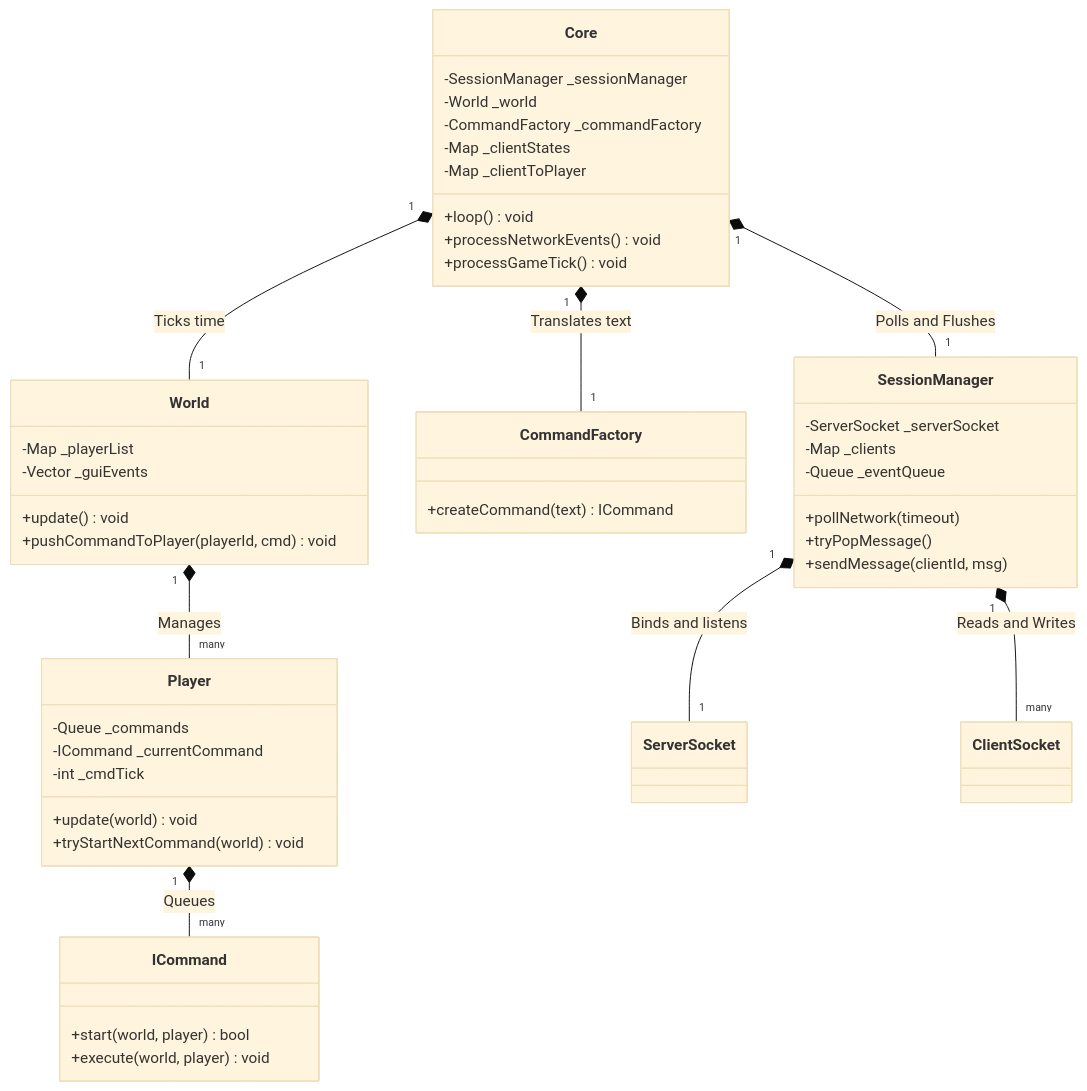
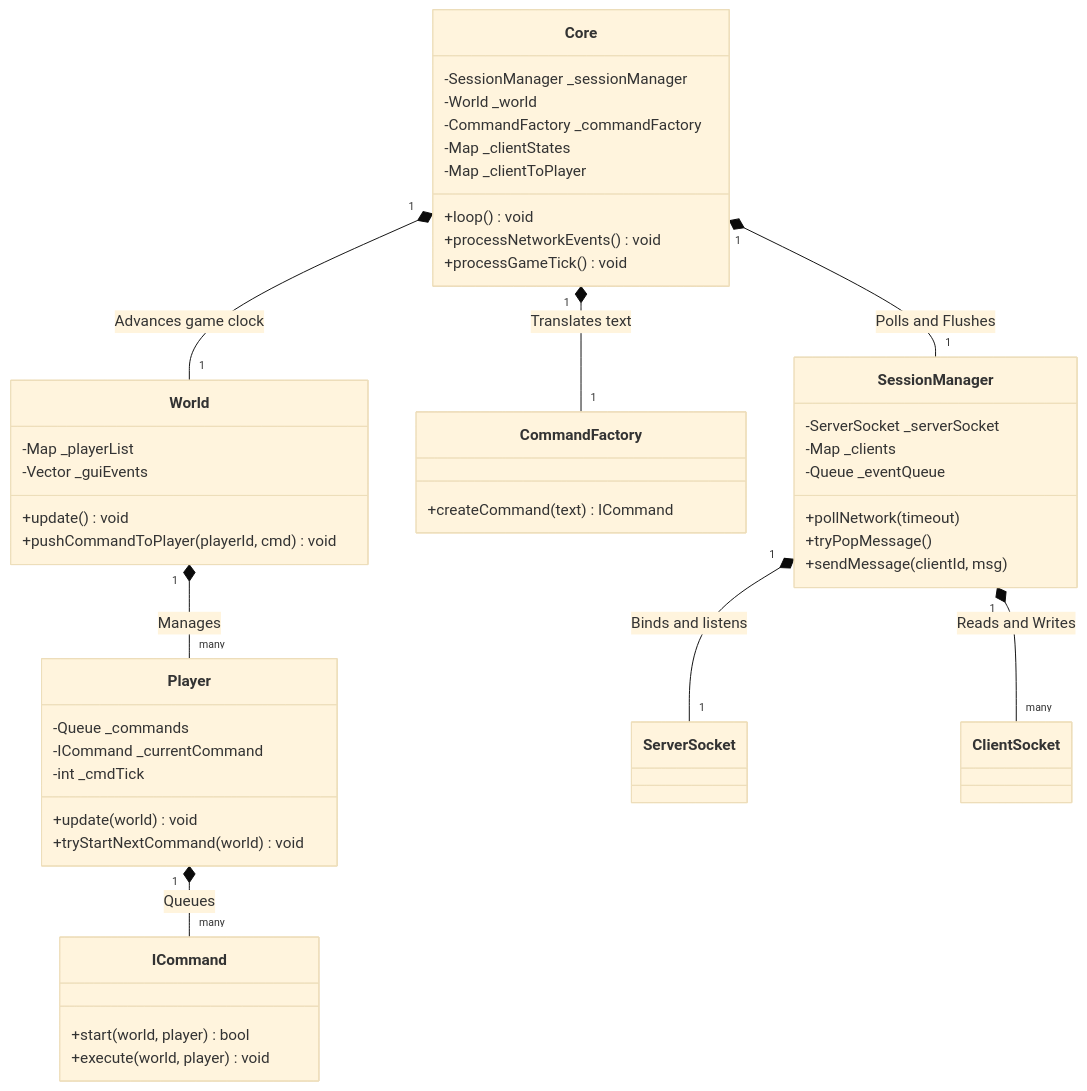
Before and after one commit to Matt4401/Mirror-Zappy: the diagram in docs/server/architecture.md, drawn with Mermaid (base theme). The commit also changed 1 other file, not shown here.

Commit message:
chore(docs/server): fixed some identations errors

````diff
--- a/docs/server/architecture.md
+++ b/docs/server/architecture.md
@@ -17,57 +17,57 @@
 ```mermaid
 classDiagram
     class Core {
         -SessionManager _sessionManager
         -World _world
         -CommandFactory _commandFactory
         -Map _clientStates
         -Map _clientToPlayer
         +loop() void
         +processNetworkEvents() void
         +processGameTick() void
     }
 
     class SessionManager {
         -ServerSocket _serverSocket
         -Map _clients
         -Queue _eventQueue
         +pollNetwork(timeout)
         +tryPopMessage()
         +sendMessage(clientId, msg)
     }
 
     class CommandFactory {
         +createCommand(text) ICommand
     }
 
     class World {
         -Map _playerList
         -Vector _guiEvents
         +update() void
         +pushCommandToPlayer(playerId, cmd) void
     }
 
     class Player {
         -Queue _commands
         -ICommand _currentCommand
         -int _cmdTick
         +update(world) void
         +tryStartNextCommand(world) void
     }
 
     class ICommand {
         +start(world, player) bool
         +execute(world, player) void
     }
 
     class ServerSocket
     class ClientSocket
 
     Core "1" *-- "1" SessionManager : Polls and Flushes
-    Core "1" *-- "1" World : Ticks time
+    Core "1" *-- "1" World : Advances game clock
     Core "1" *-- "1" CommandFactory : Translates text
     SessionManager "1" *-- "1" ServerSocket : Binds and listens
     SessionManager "1" *-- "many" ClientSocket : Reads and Writes
     World "1" *-- "many" Player : Manages
     Player "1" *-- "many" ICommand : Queues
 ```
````
